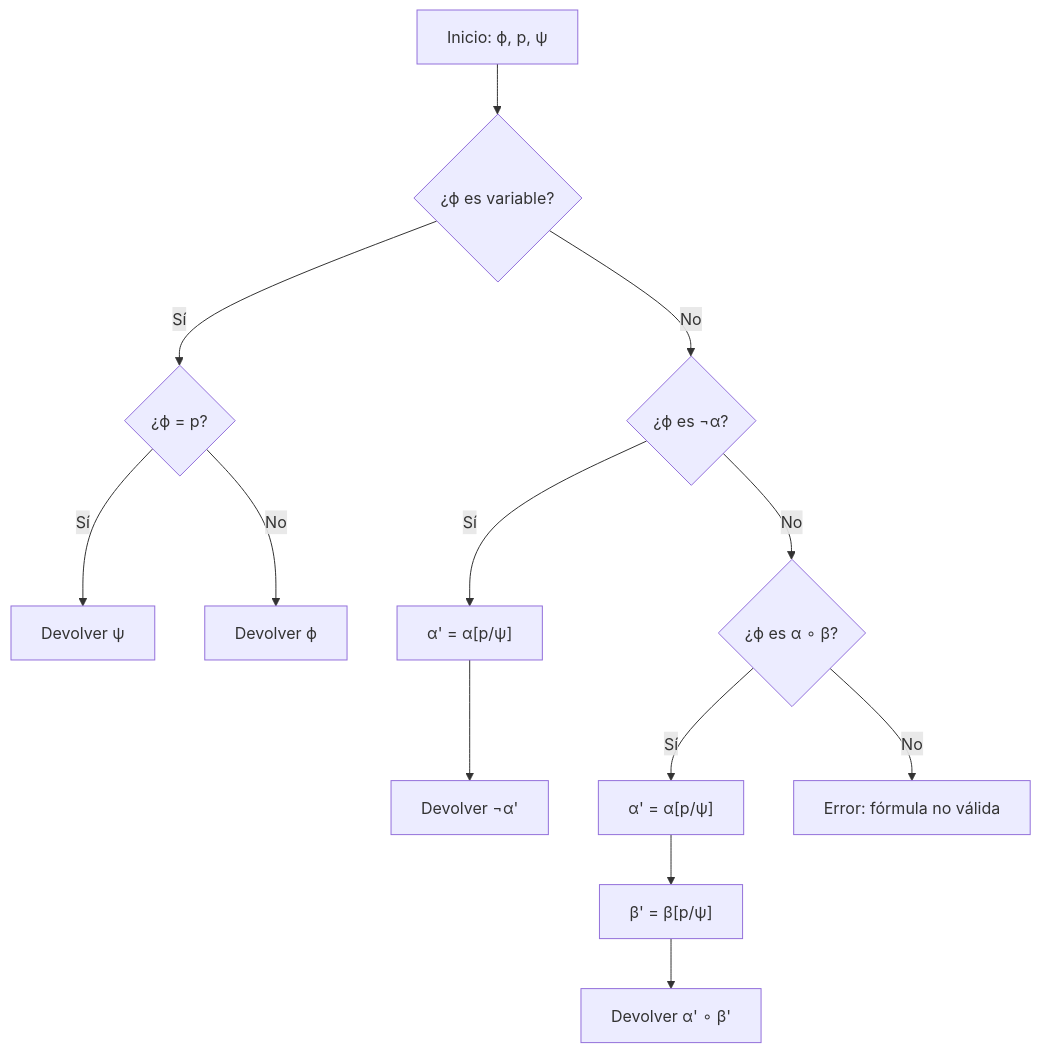
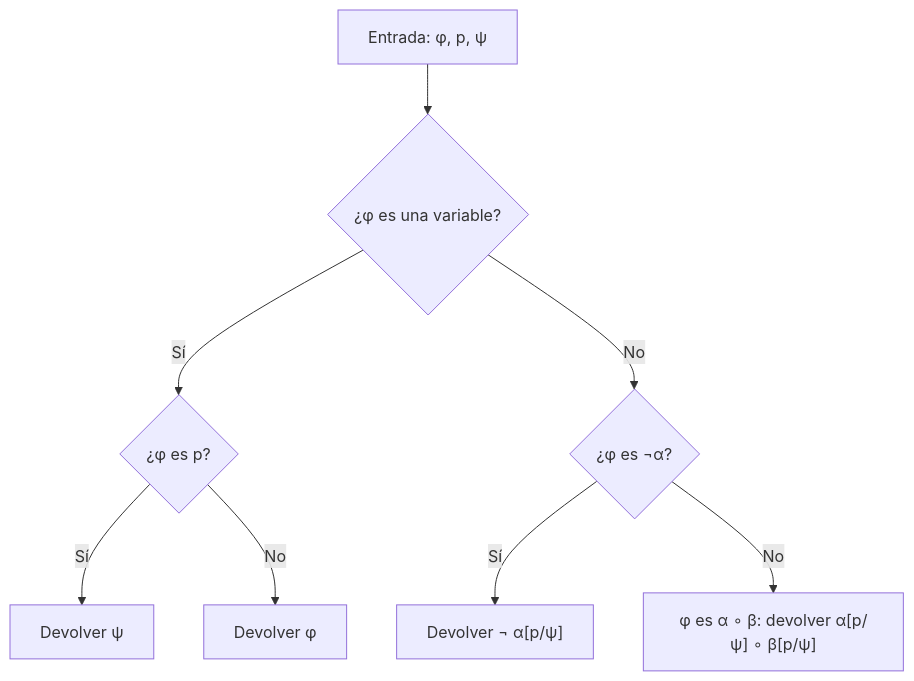
The diagram in public/documents/semester-4/2/4222.md (djaimej/computer-science-template), drawn with Mermaid before and after one commit. The commit also changed other lines of this file and 5 other files, not shown here.

````diff
--- a/public/documents/semester-4/2/4222.md
+++ b/public/documents/semester-4/2/4222.md
@@ -77,18 +69,10 @@
 ```mermaid
 flowchart TD
-    A[Inicio: ϕ, p, ψ] --> B{¿ϕ es variable?}
-    B -->|Sí| C{¿ϕ = p?}
-    C -->|Sí| D[Devolver ψ]
-    C -->|No| E[Devolver ϕ]
-
-    B -->|No| F{¿ϕ es ¬α?}
-    F -->|Sí| G["α' = α[p/ψ]"]
-    G --> H[Devolver ¬α']
-
-    F -->|No| I{¿ϕ es α ∘ β?}
-    I -->|Sí| J["α' = α[p/ψ]"]
-    J --> K["β' = β[p/ψ]"]
-    K --> L[Devolver α' ∘ β']
-
-    I -->|No| M[Error: fórmula no válida]
+    A["Entrada: φ, p, ψ"] --> B{"¿φ es una variable?"}
+    B -->|Sí| C{"¿φ es p?"}
+    C -->|Sí| D["Devolver ψ"]
+    C -->|No| E["Devolver φ"]
+    B -->|No| F{"¿φ es ¬α?"}
+    F -->|Sí| G["Devolver ¬ α[p/ψ]"]
+    F -->|No| H["φ es α ∘ β: devolver α[p/ψ] ∘ β[p/ψ]"]
 ```
````
